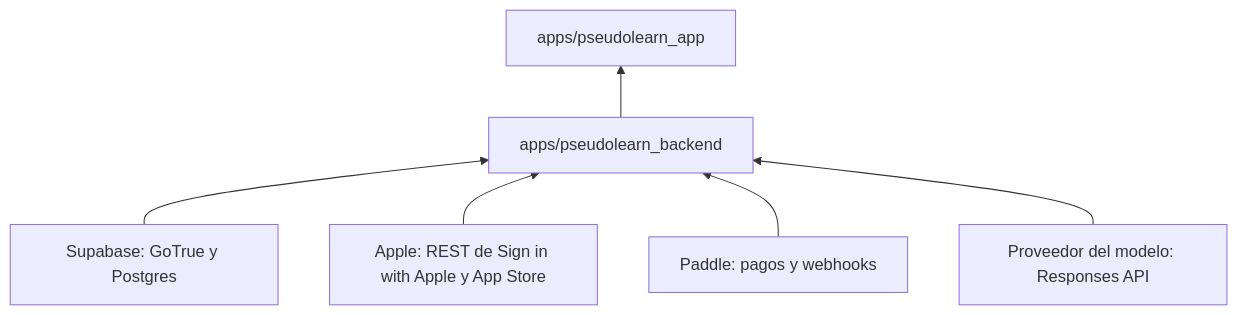
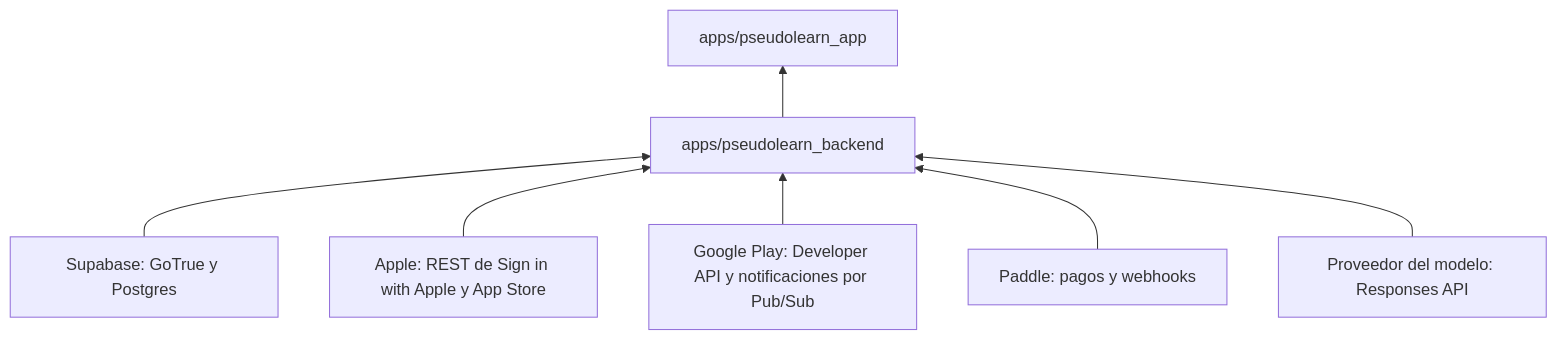
The first of 3 diagrams in apps/pseudolearn_backend/README.md (cgutieco/pseudolearn), drawn with Mermaid before and after one commit. The commit also changed other lines of this file and 8 other files, not shown here.

First line of the commit message:
feat(store-events): apply Google Play real-time notifications

````diff
--- a/apps/pseudolearn_backend/README.md
+++ b/apps/pseudolearn_backend/README.md
@@ -12,8 +12,9 @@
 ```mermaid
 flowchart BT
     supabase["Supabase: GoTrue y Postgres"] --> backend["apps/pseudolearn_backend"]
     apple["Apple: REST de Sign in with Apple y App Store"] --> backend
+    google["Google Play: Developer API y notificaciones por Pub/Sub"] --> backend
     paddle["Paddle: pagos y webhooks"] --> backend
     modelo["Proveedor del modelo: Responses API"] --> backend
     backend --> app["apps/pseudolearn_app"]
 ```
````
